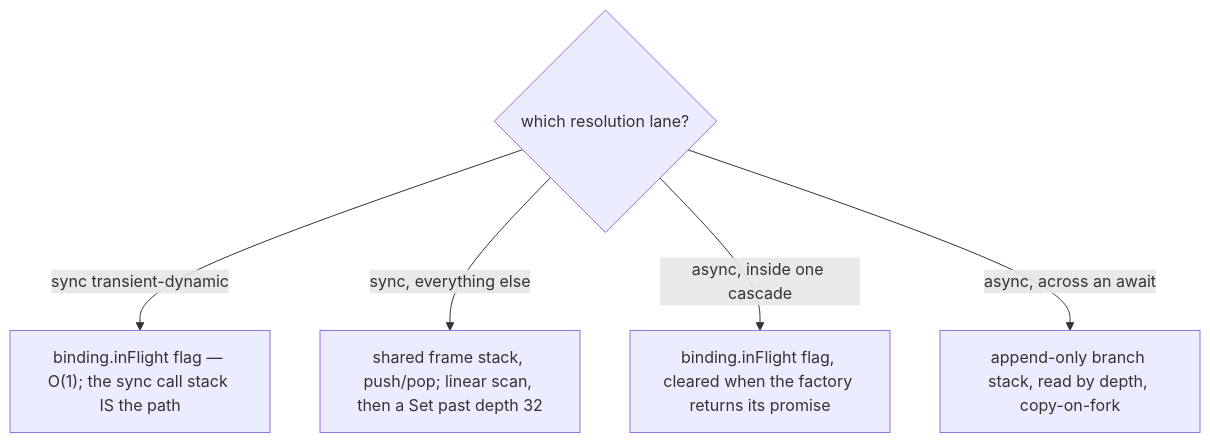
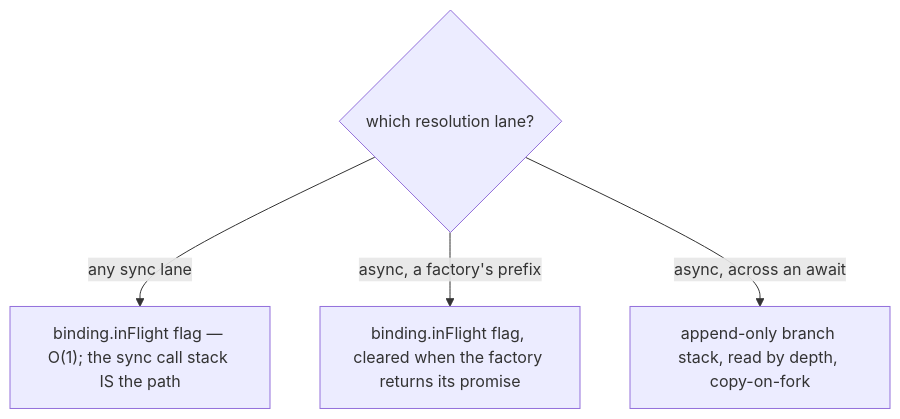
One commit to codefastlabs/codefast changed the third of 6 diagrams in packages/di/LEARNING.md. Above: the diagram before and after it, drawn with Mermaid. The commit also changed other lines of this file and 4 other files, not shown here.

Commit message:
docs(di): describe the one async lane in the architecture notes and the async rows' descriptions

````diff
--- a/packages/di/LEARNING.md
+++ b/packages/di/LEARNING.md
@@ -225,8 +224,7 @@
 ```mermaid
 flowchart TD
   Q{"which resolution lane?"}
-  Q -->|"sync transient-dynamic"| S1["binding.inFlight flag — O(1); the sync call stack IS the path"]
-  Q -->|"sync, everything else"| S2["shared frame stack, push/pop; linear scan, then a Set past depth 32"]
-  Q -->|"async, inside one cascade"| S3["binding.inFlight flag, cleared when the factory returns its promise"]
+  Q -->|"any sync lane"| S1["binding.inFlight flag — O(1); the sync call stack IS the path"]
+  Q -->|"async, a factory's prefix"| S3["binding.inFlight flag, cleared when the factory returns its promise"]
   Q -->|"async, across an await"| S4["append-only branch stack, read by depth, copy-on-fork"]
 ```
````
